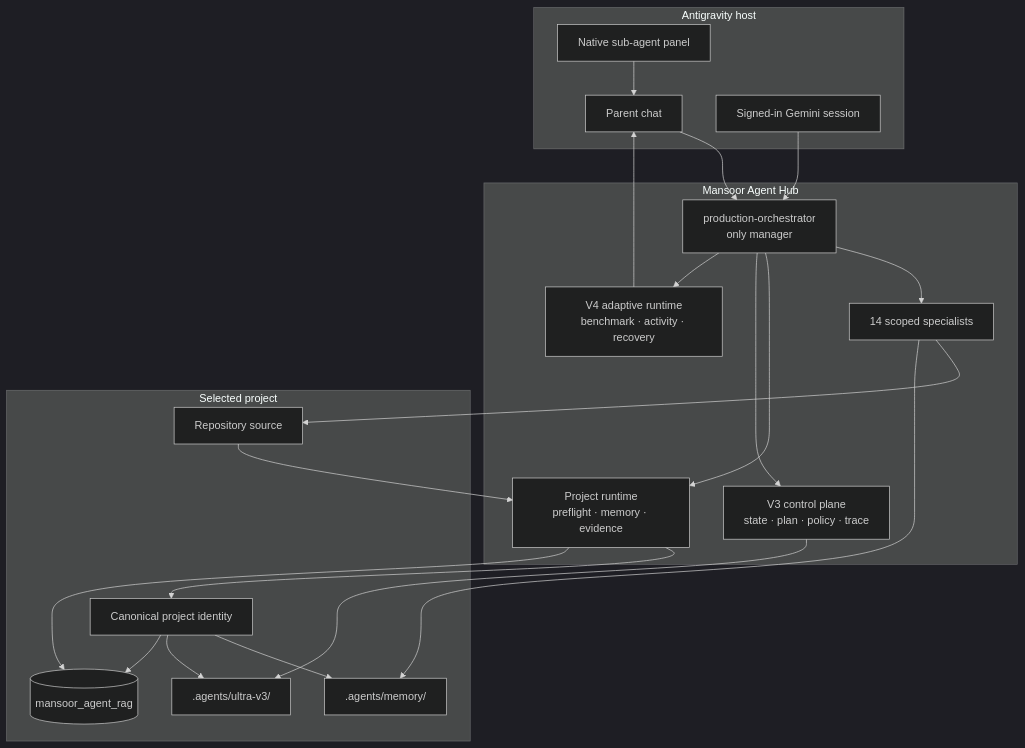
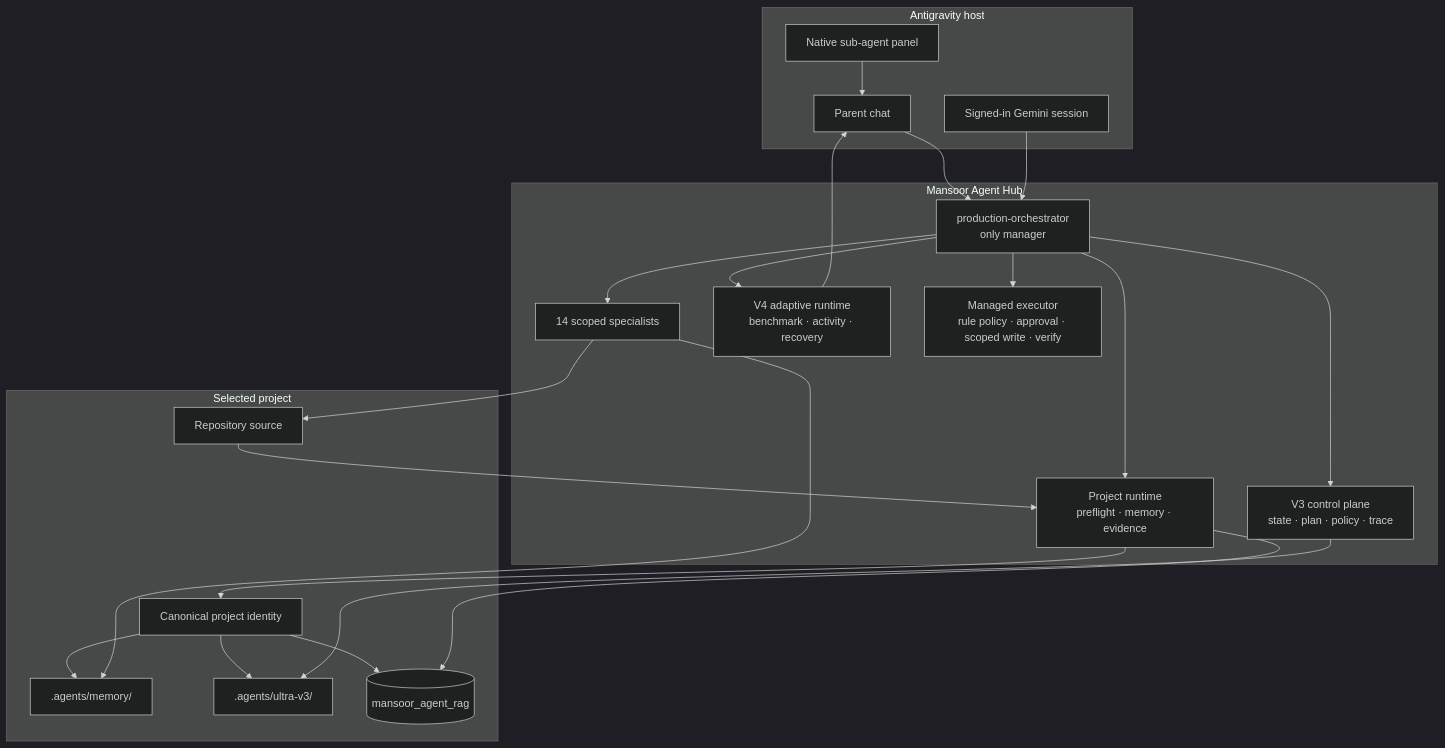
Before and after one commit to mansoor-farooq/my_ai_agent: the first of 2 diagrams in docs/architecture.md, drawn with Mermaid (dark theme). The commit also changed other lines of this file and 44 other files, not shown here.

````diff
--- a/docs/architecture.md
+++ b/docs/architecture.md
@@ -7,42 +7,44 @@
 ```mermaid
 flowchart TB
     subgraph Host[Antigravity host]
         Chat[Parent chat]
         Panel[Native sub-agent panel]
         Gemini[Signed-in Gemini session]
     end
 
     subgraph Hub[Mansoor Agent Hub]
         Manager[production-orchestrator\nonly manager]
         Specialists[14 scoped specialists]
         V2[Project runtime\npreflight · memory · evidence]
         V3[V3 control plane\nstate · plan · policy · trace]
         V4[V4 adaptive runtime\nbenchmark · activity · recovery]
+        Managed[Managed executor\nrule policy · approval · scoped write · verify]
     end
 
     subgraph Project[Selected project]
         Identity[Canonical project identity]
         Memory[.agents/memory/]
         State[.agents/ultra-v3/]
         RAG[(mansoor_agent_rag)]
         Source[Repository source]
     end
 
     Chat --> Manager
     Panel --> Chat
     Gemini --> Manager
     Manager --> Specialists
     Manager --> V2
     Manager --> V3
     Manager --> V4
+    Manager --> Managed
     V2 --> Identity
     Identity --> Memory
     Identity --> State
     Identity --> RAG
     Source --> V2
     Specialists --> Source
     Specialists --> Memory
     V3 --> State
     V4 --> Chat
     V2 --> RAG
 ```
````
